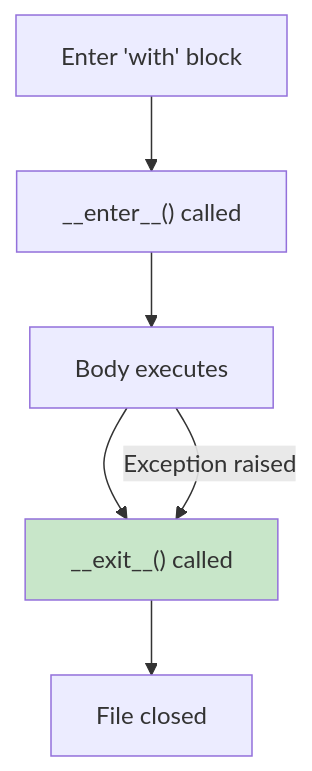
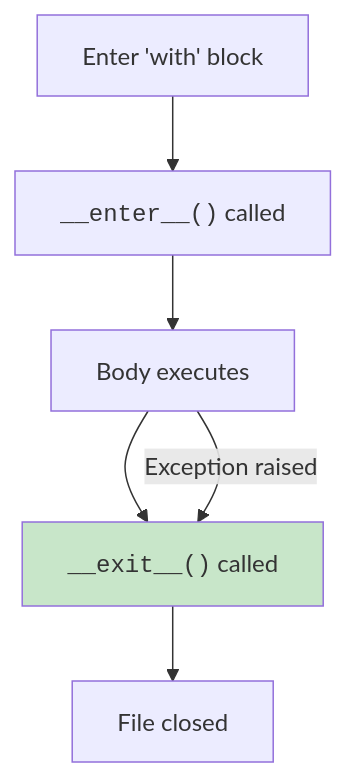
The second of 2 diagrams in content/learn/python-basics/files.mdx (dataslope/dataslope), drawn with Mermaid before and after one commit. The commit also changed 153 other files, not shown here.

First line of the commit message:
Render code-only mermaid shapes in monospace; convert step sequences to Steps

````diff
--- a/content/learn/python-basics/files.mdx
+++ b/content/learn/python-basics/files.mdx
@@ -198,9 +198,9 @@
 ```mermaid
 flowchart TD
-    A[Enter 'with' block] --> B["__enter__() called"]
+    A[Enter 'with' block] --> B["<code>__enter__()</code> called"]
     B --> C[Body executes]
-    C --> D["__exit__() called"]
+    C --> D["<code>__exit__()</code> called"]
     D --> E[File closed]
     C -->|Exception raised| D
     style D fill:#c8e6c9
 ```
````
